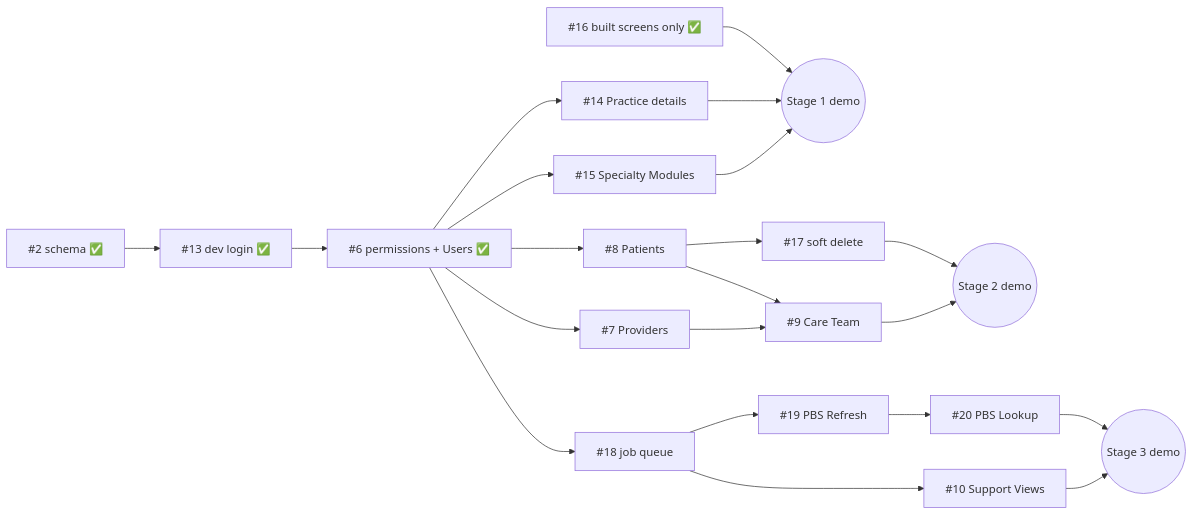
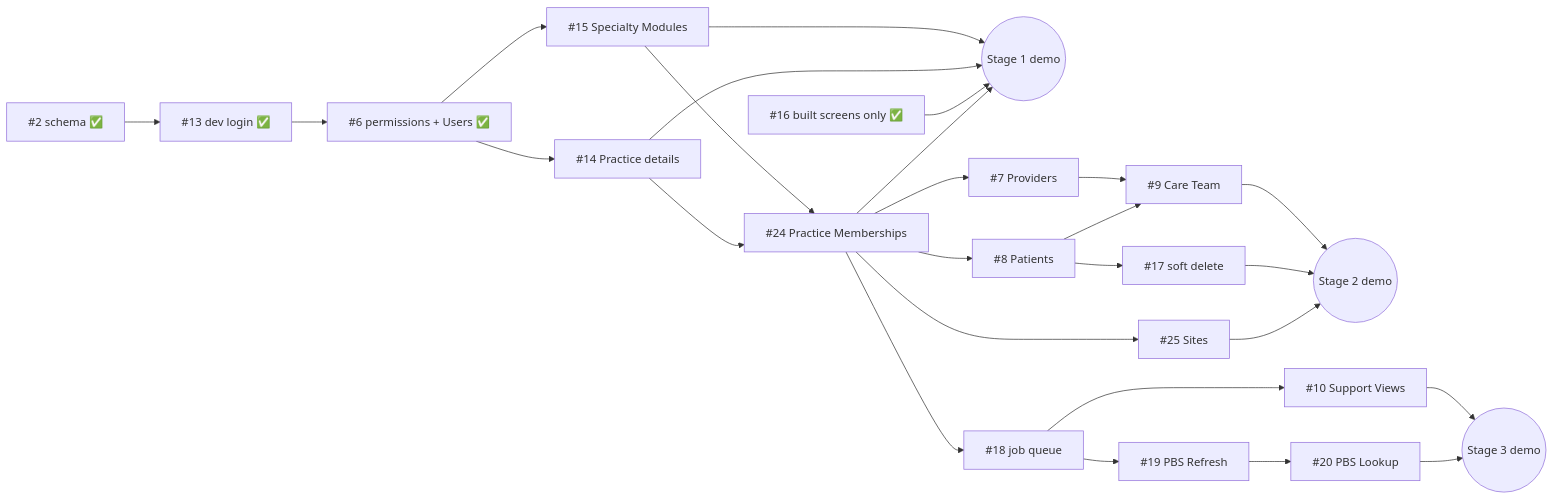
Before and after one commit to kl-a/vigil_care: the diagram in docs/build-order.md, drawn with Mermaid. The commit also changed other lines of this file and 3 other files, not shown here.

First line of the commit message:
Plan multiple Practices: Practice Memberships and Sites

````diff
--- a/docs/build-order.md
+++ b/docs/build-order.md
@@ -84,20 +86,24 @@
 ```mermaid
 flowchart LR
     T2[#2 schema ✅] --> T13[#13 dev login ✅]
     T13 --> T6[#6 permissions + Users ✅]
     T6 --> T14[#14 Practice details]
     T6 --> T15[#15 Specialty Modules]
+    T14 --> T24[#24 Practice Memberships]
+    T15 --> T24
+    T24 --> S1
     T16[#16 built screens only ✅] --> S1((Stage 1 demo))
     T14 --> S1
     T15 --> S1
-    T6 --> T8[#8 Patients] --> T17[#17 soft delete]
-    T6 --> T7[#7 Providers]
+    T24 --> T8[#8 Patients] --> T17[#17 soft delete]
+    T24 --> T7[#7 Providers]
+    T24 --> T25[#25 Sites] --> S2
     T8 --> T9[#9 Care Team]
     T7 --> T9
     T17 --> S2((Stage 2 demo))
     T9 --> S2
-    T6 --> T18[#18 job queue] --> T19[#19 PBS Refresh] --> T20[#20 PBS Lookup]
+    T24 --> T18[#18 job queue] --> T19[#19 PBS Refresh] --> T20[#20 PBS Lookup]
     T18 --> T10[#10 Support Views]
     T20 --> S3((Stage 3 demo))
     T10 --> S3
 ```
````
